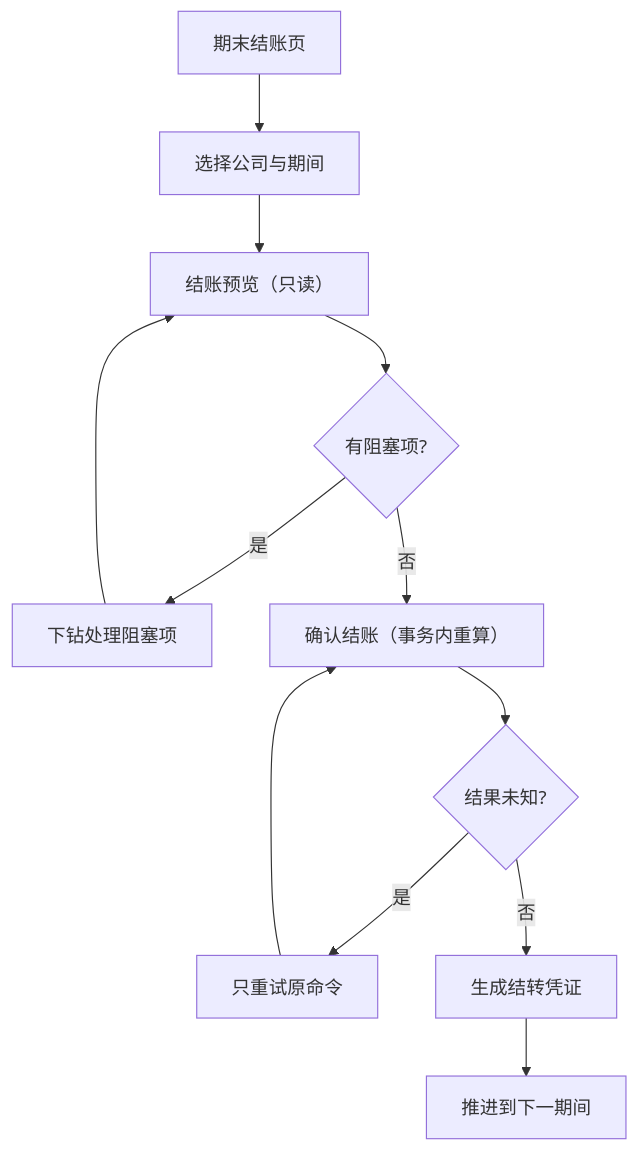
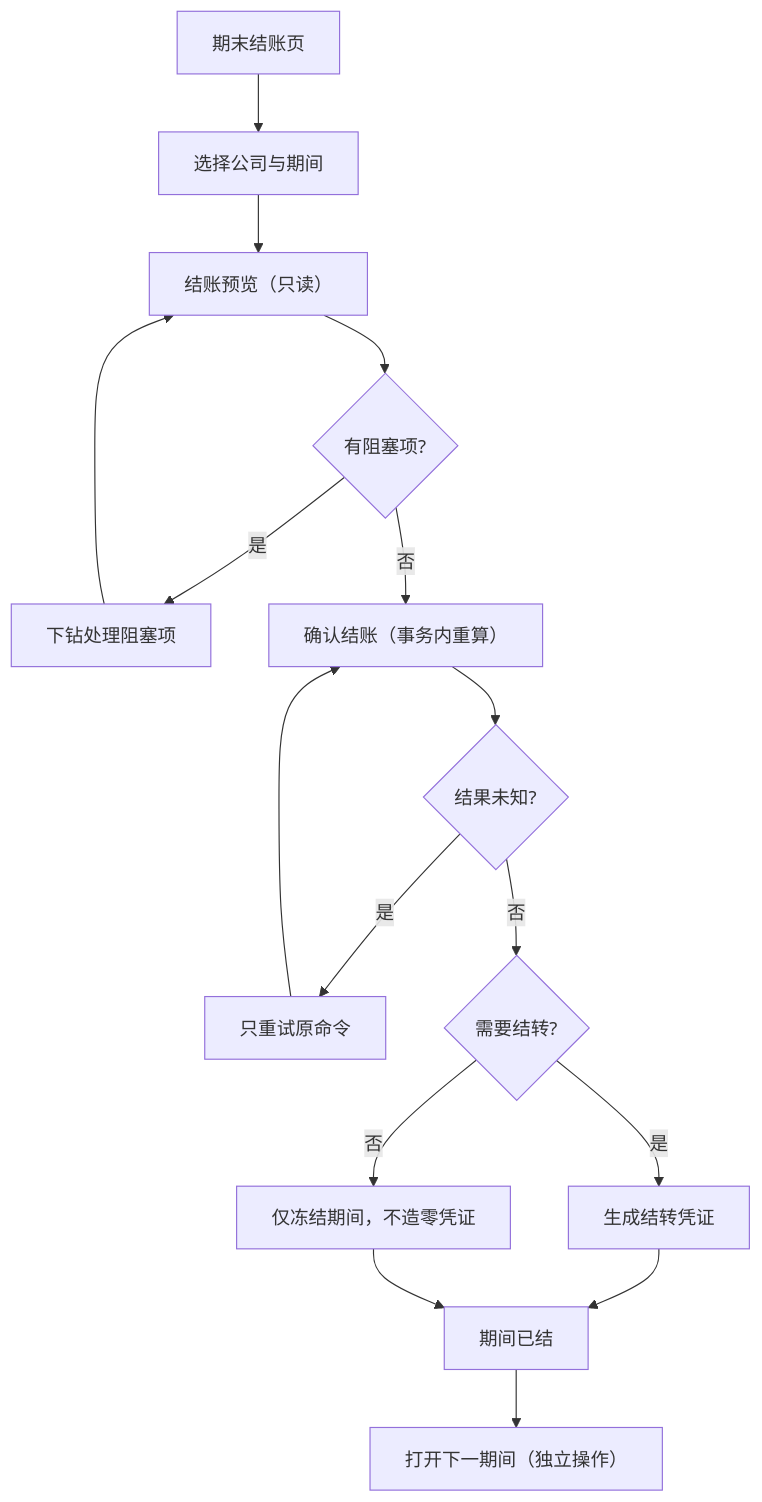
Before and after one commit to lingshf/ai-native-erp: the diagram in docs/flows/period-close-flow.md, drawn with Mermaid. The commit also changed other lines of this file and 7 other files, not shown here.

Commit message:
docs: address v0.1.0 review (demo repeatability, close/discount flows, known limits, Full shards)

````diff
--- a/docs/flows/period-close-flow.md
+++ b/docs/flows/period-close-flow.md
@@ -3,14 +3,18 @@
 ```mermaid
 flowchart TD
   A["期末结账页"] --> B["选择公司与期间"]
   B --> C["结账预览（只读）"]
   C --> D{"有阻塞项?"}
   D -- 是 --> E["下钻处理阻塞项"]
   E --> C
   D -- 否 --> F["确认结账（事务内重算）"]
   F --> G{"结果未知?"}
   G -- 是 --> H["只重试原命令"]
   H --> F
-  G -- 否 --> I["生成结转凭证"]
-  I --> J["推进到下一期间"]
+  G -- 否 --> K{"需要结转?"}
+  K -- 是 --> I["生成结转凭证"]
+  K -- 否 --> L["仅冻结期间，不造零凭证"]
+  I --> N["期间已结"]
+  L --> N
+  N --> J["打开下一期间（独立操作）"]
 ```
````
